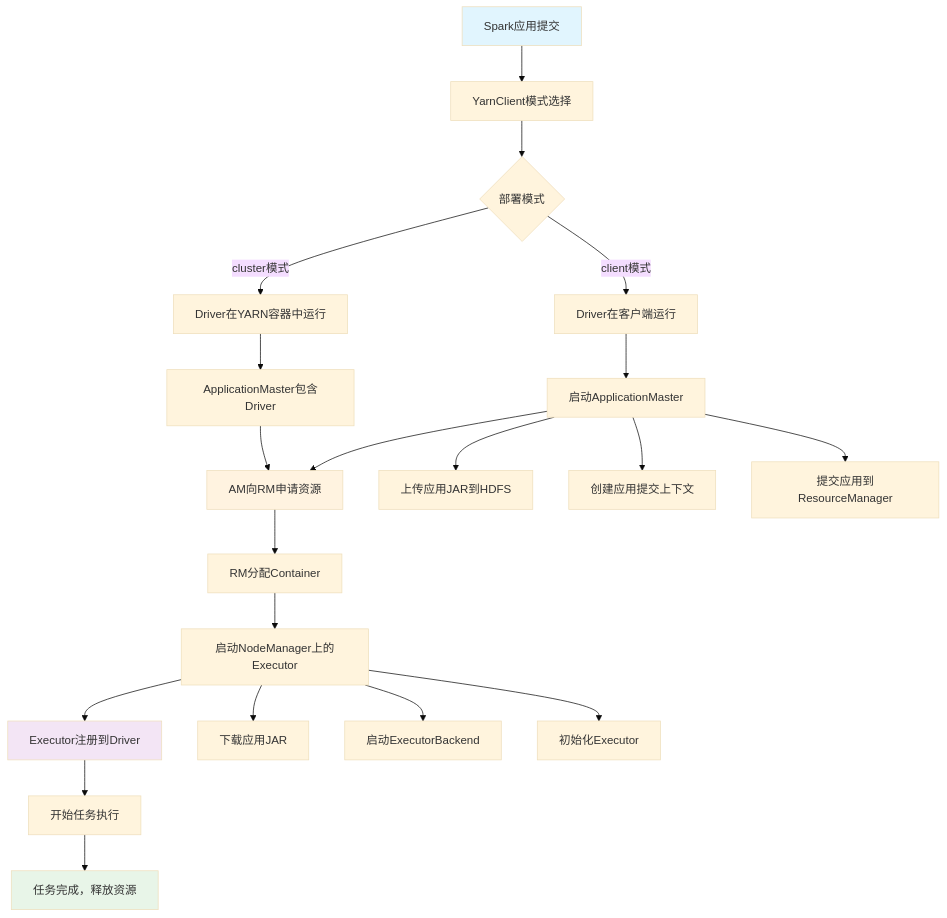
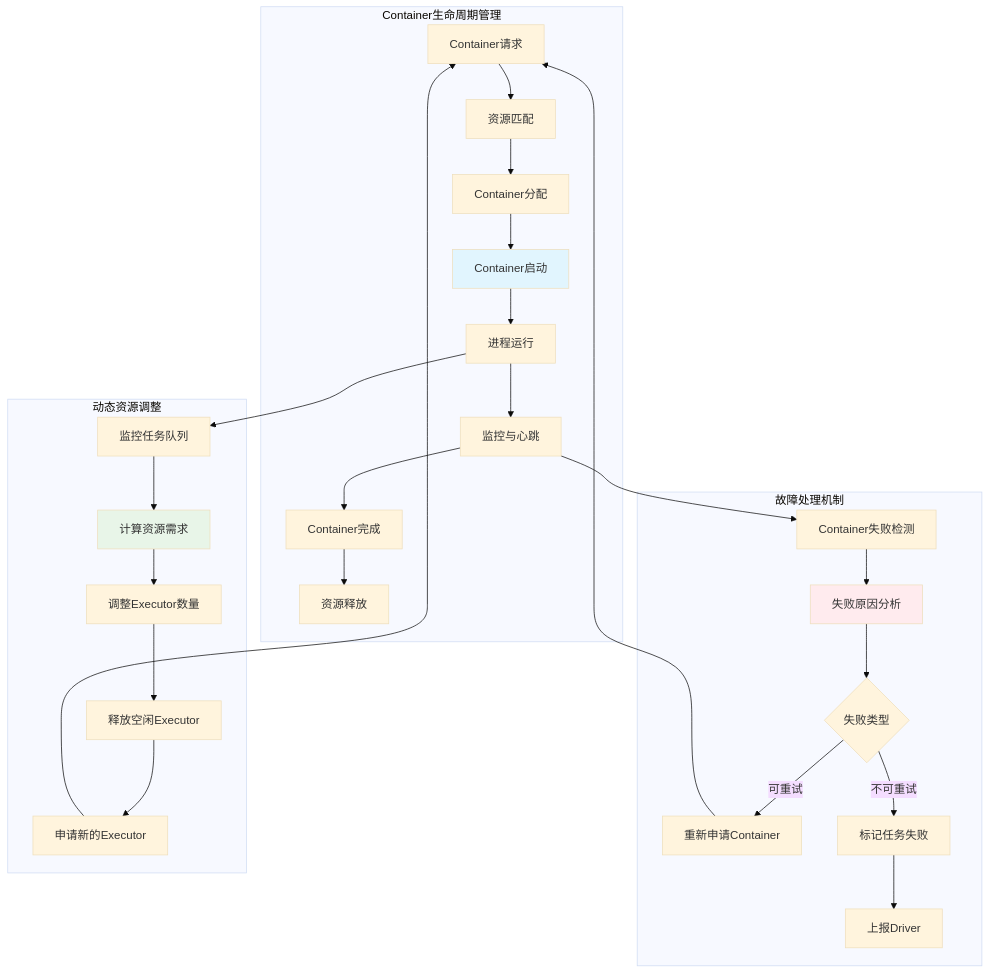
Diagram 42 of 45 in 12.1.spark源码解析.md (ralph-wren/TechStack-Handbook), drawn with Mermaid (base theme) before and after one commit. The commit also changed other lines of this file and 2 other files, not shown here.

````diff
--- a/12.1.spark源码解析.md
+++ b/12.1.spark源码解析.md
@@ -4161,29 +4312,36 @@
 ```mermaid
-graph TD
-    A[Spark应用提交] --> B[YarnClient模式选择]
-    B --> C{部署模式}
-    C -->|client模式| D[Driver在客户端运行]
-    C -->|cluster模式| E[Driver在YARN容器中运行]
-    D --> F[启动ApplicationMaster]
-    E --> G[ApplicationMaster包含Driver]
-    F --> H[AM向RM申请资源]
-    G --> H
-    H --> I[RM分配Container]
-    I --> J[启动NodeManager上的Executor]
-    J --> K[Executor注册到Driver]
-    K --> L[开始任务执行]
-    L --> M[任务完成，释放资源]
+graph TB
+    subgraph "Container生命周期管理"
+        LC1[Container请求] --> LC2[资源匹配]
+        LC2 --> LC3[Container分配]
+        LC3 --> LC4[Container启动]
+        LC4 --> LC5[进程运行]
+        LC5 --> LC6[监控与心跳]
+        LC6 --> LC7[Container完成]
+        LC7 --> LC8[资源释放]
+    end
     
-    F --> F1[上传应用JAR到HDFS]
-    F --> F2[创建应用提交上下文]
-    F --> F3[提交应用到ResourceManager]
+    subgraph "故障处理机制"
+        F1[Container失败检测] --> F2[失败原因分析]
+        F2 --> F3{失败类型}
+        F3 -->|可重试| F4[重新申请Container]
+        F3 -->|不可重试| F5[标记任务失败]
+        F4 --> LC1
+        F5 --> F6[上报Driver]
+    end
     
-    J --> J1[下载应用JAR]
-    J --> J2[启动ExecutorBackend]
-    J --> J3[初始化Executor]
+    subgraph "动态资源调整"
+        DR1[监控任务队列] --> DR2[计算资源需求]
+        DR2 --> DR3[调整Executor数量]
+        DR3 --> DR4[释放空闲Executor]
+        DR4 --> DR5[申请新的Executor]
+        DR5 --> LC1
+    end
     
-    style A fill:#e1f5fe
-    style M fill:#e8f5e8
-    style H fill:#fff3e0
-    style K fill:#f3e5f5
+    LC6 --> F1
+    LC5 --> DR1
+    
+    style LC4 fill:#e1f5fe
+    style F2 fill:#ffebee
+    style DR2 fill:#e8f5e8
 ```
````
